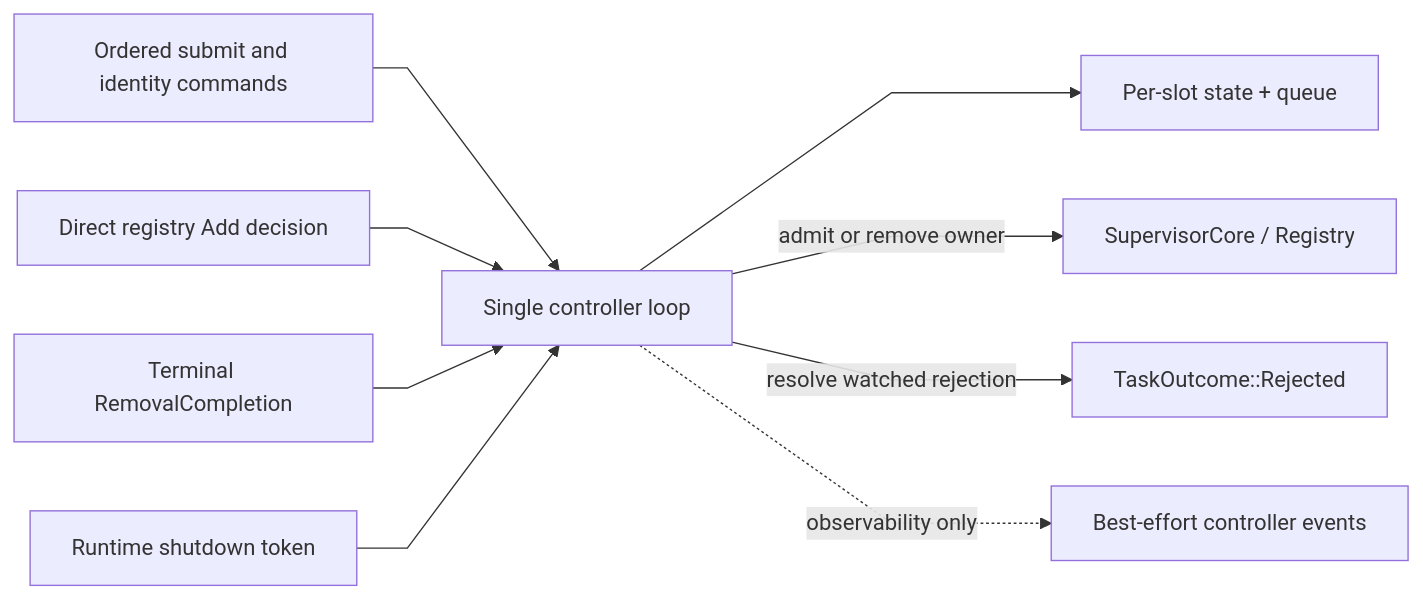
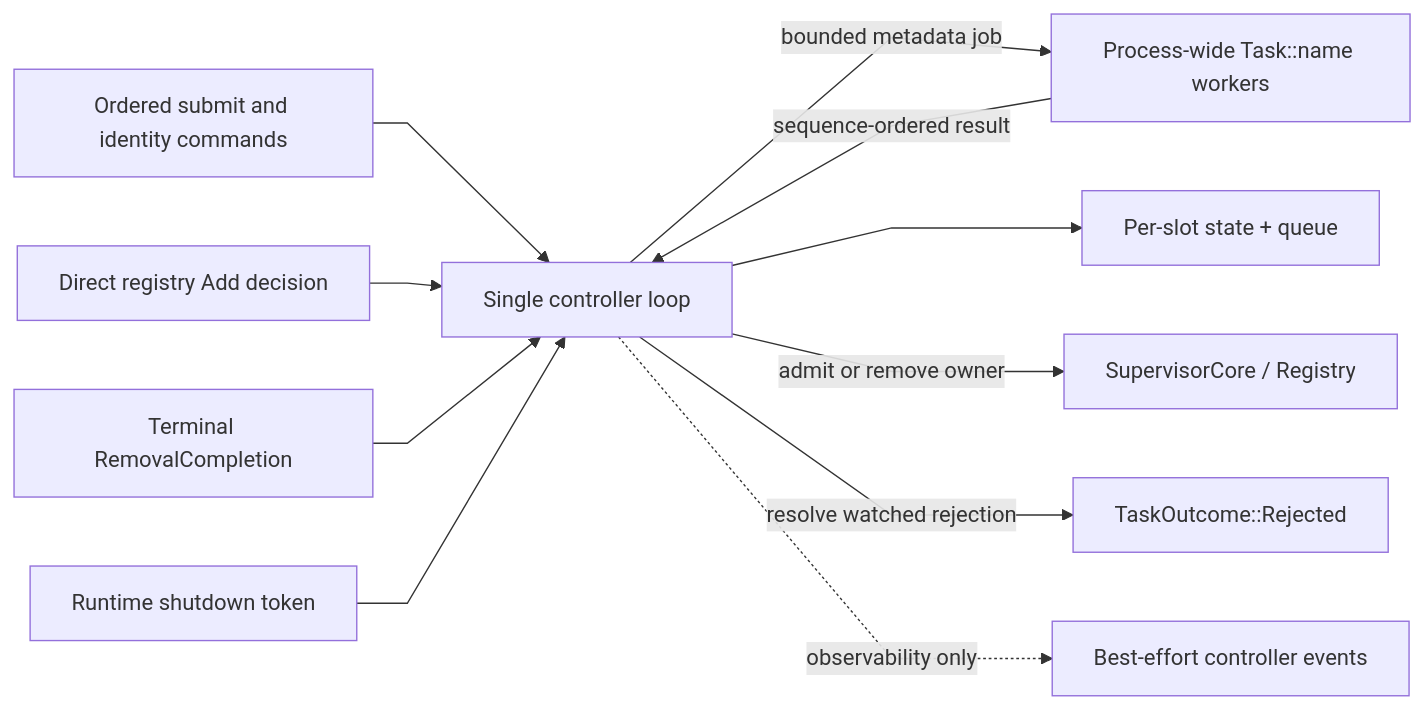
The eighth of 10 diagrams in src/ARCHITECTURE.md (soltiHQ/taskvisor), drawn with Mermaid before and after one commit. The commit also changed other lines of this file and 70 other files, not shown here.

````diff
--- a/src/ARCHITECTURE.md
+++ b/src/ARCHITECTURE.md
@@ -257,22 +263,25 @@
 ```mermaid
 %%{init: {"flowchart": {"curve": "linear"}}}%%
 flowchart LR
     Commands["Ordered submit and identity commands"]
     AddDecision["Direct registry Add decision"]
     Completion["Terminal RemovalCompletion"]
     Shutdown["Runtime shutdown token"]
+    Metadata["Process-wide Task::name workers"]
     Loop["Single controller loop"]
     Slots["Per-slot state + queue"]
     Registry["SupervisorCore / Registry"]
     Rejected["TaskOutcome::Rejected"]
     Events["Best-effort controller events"]
 
     Commands --> Loop
+    Loop -->|bounded metadata job| Metadata
+    Metadata -->|sequence-ordered result| Loop
     AddDecision --> Loop
     Completion --> Loop
     Shutdown --> Loop
     Loop --> Slots
     Loop -->|admit or remove owner| Registry
     Loop -->|resolve watched rejection| Rejected
     Loop -. observability only .-> Events
 ```
````
